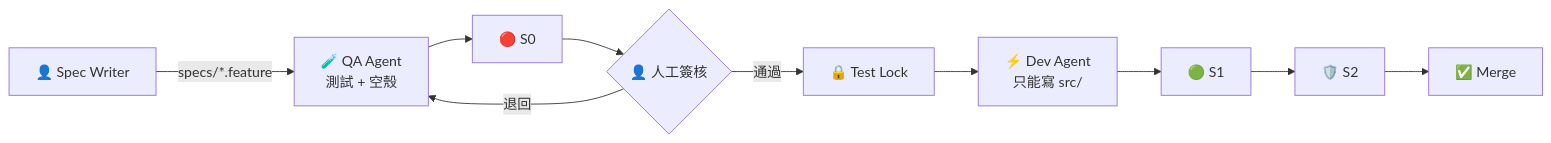
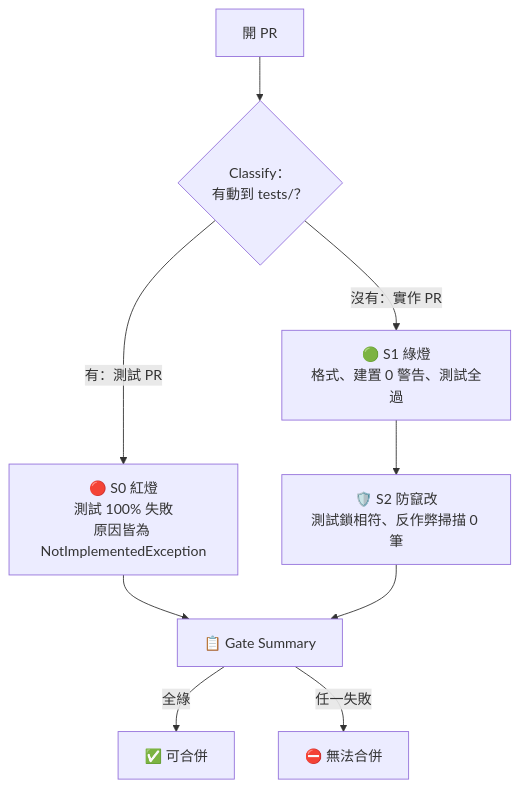
Before and after one commit to Rocky1987/spec-driven-vibe-core: the diagram in README.md, drawn with Mermaid. The commit also changed other lines of this file, not shown here.

````diff
--- a/README.md
+++ b/README.md
@@ -65,9 +28,11 @@
 ```mermaid
-flowchart LR
-    H["👤 Spec Writer"] -->|specs/*.feature| QA["🧪 QA Agent<br/>測試 + 空殼"]
-    QA --> G0["🔴 S0"] --> R{"👤 人工簽核"}
-    R -->|退回| QA
-    R -->|通過| L["🔒 Test Lock"]
-    L --> D["⚡ Dev Agent<br/>只能寫 src/"]
-    D --> G1["🟢 S1"] --> G2["🛡️ S2"] --> M["✅ Merge"]
+flowchart TD
+    PR["開 PR"] --> C{"Classify：<br/>有動到 tests/？"}
+    C -->|有：測試 PR| S0["🔴 S0 紅燈<br/>測試 100% 失敗<br/>原因皆為 NotImplementedException"]
+    C -->|沒有：實作 PR| S1["🟢 S1 綠燈<br/>格式、建置 0 警告、測試全過"]
+    S1 --> S2["🛡️ S2 防竄改<br/>測試鎖相符、反作弊掃描 0 筆"]
+    S0 --> G["📋 Gate Summary"]
+    S2 --> G
+    G -->|全綠| M["✅ 可合併"]
+    G -->|任一失敗| X["⛔ 無法合併"]
 ```
````
